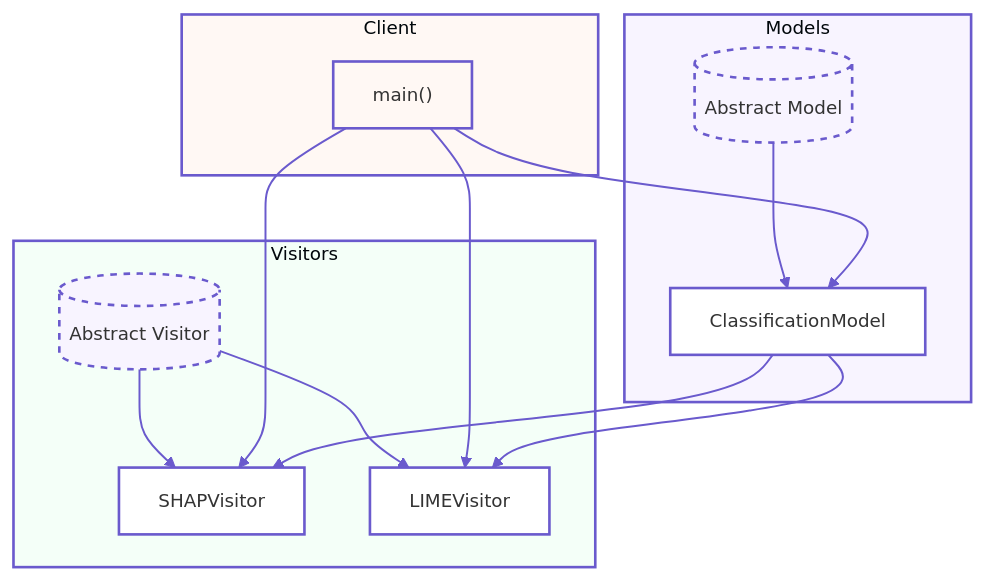
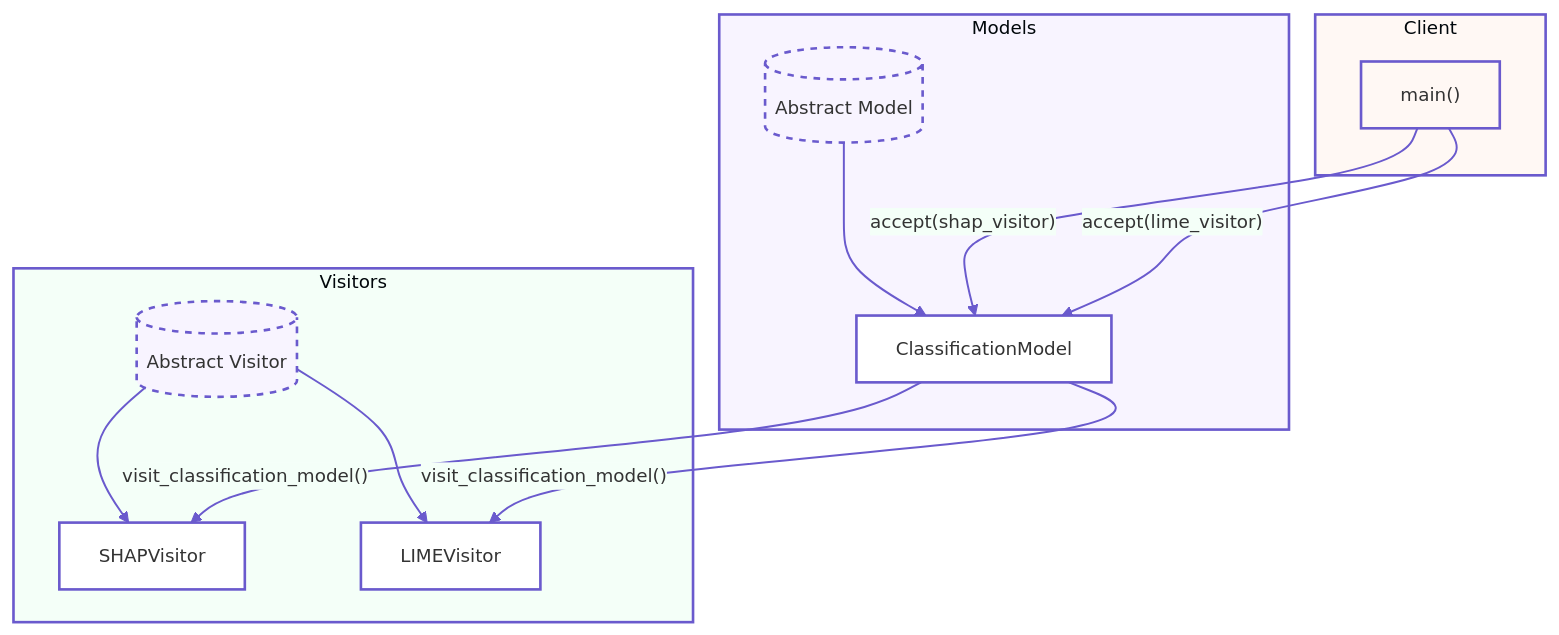
Before and after one commit to arunpshankar/Python-Design-Patterns-for-AI: the diagram in src/mermaid/13_visitor.mmd, drawn with Mermaid.

```diff
--- a/src/mermaid/13_visitor.mmd
+++ b/src/mermaid/13_visitor.mmd
@@ -1,50 +1,49 @@
 %%{init: {'theme': 'base', 'themeVariables': {
     'primaryColor': '#f8f4ff',
     'secondaryColor': '#f4fff8',
     'tertiaryColor': '#fff8f4',
     'mainBkg': '#ffffff',
     'nodeBorder': '#6a5acd',
     'clusterBkg': '#fafafa',
     'clusterBorder': '#6a5acd',
     'lineColor': '#6a5acd',
     'fontFamily': 'Helvetica, Arial, sans-serif',
     'fontSize': '14px'
 }}}%%
 
 flowchart TB
     subgraph Models
         style Models fill:#f8f4ff,stroke:#6a5acd,stroke-width:2px
         Model[("Abstract Model")]
         ClassificationModel["ClassificationModel"]
         Model --> ClassificationModel
     end
 
     subgraph Visitors
         style Visitors fill:#f4fff8,stroke:#6a5acd,stroke-width:2px
         Visitor[("Abstract Visitor")]
         SHAPVisitor["SHAPVisitor"]
         LIMEVisitor["LIMEVisitor"]
         Visitor --> SHAPVisitor
         Visitor --> LIMEVisitor
     end
 
     subgraph Client
         style Client fill:#fff8f4,stroke:#6a5acd,stroke-width:2px
         MainFunction["main()"]
-        MainFunction --> ClassificationModel
-        MainFunction --> SHAPVisitor
-        MainFunction --> LIMEVisitor
+        MainFunction -->|"accept(shap_visitor)"| ClassificationModel
+        MainFunction -->|"accept(lime_visitor)"| ClassificationModel
     end
     
-    ClassificationModel --> SHAPVisitor
-    ClassificationModel --> LIMEVisitor
+    ClassificationModel -->|"visit_classification_model()"| SHAPVisitor
+    ClassificationModel -->|"visit_classification_model()"| LIMEVisitor
     
     classDef abstract fill:#f8f4ff,stroke:#6a5acd,stroke-width:2px,stroke-dasharray: 5 5;
     classDef concrete fill:#ffffff,stroke:#6a5acd,stroke-width:2px;
     classDef client fill:#fff8f4,stroke:#6a5acd,stroke-width:2px;
 
     class Model,Visitor abstract;
     class ClassificationModel,SHAPVisitor,LIMEVisitor concrete;
     class MainFunction client;
 
     linkStyle default stroke:#6a5acd,stroke-width:1.5px;
```
